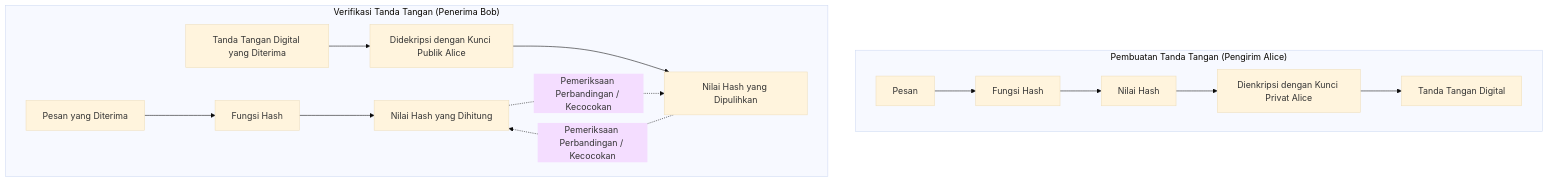
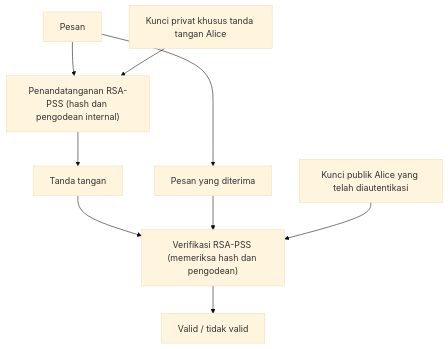
Before and after one commit to kenjinote/blog: the second of 3 diagrams in content/post/modern-cryptography-public-key-hash-signature/index.id.md, drawn with Mermaid (base theme). The commit also changed other lines of this file and 6 other files, not shown here.

````diff
--- a/content/post/modern-cryptography-public-key-hash-signature/index.id.md
+++ b/content/post/modern-cryptography-public-key-hash-signature/index.id.md
@@ -231,20 +217,11 @@
 ```mermaid
 graph TD
-    subgraph "Pembuatan Tanda Tangan (Pengirim Alice)"
-        M1["Pesan"] --> H1["Fungsi Hash"]
-        H1 --> Hash1["Nilai Hash"]
-        Hash1 --> Sign["Dienkripsi dengan Kunci Privat Alice"]
-        Sign --> Sig["Tanda Tangan Digital"]
-    end
-
-    subgraph "Verifikasi Tanda Tangan (Penerima Bob)"
-        M2["Pesan yang Diterima"] --> H2["Fungsi Hash"]
-        H2 --> Hash2["Nilai Hash yang Dihitung"]
-        
-        Sig2["Tanda Tangan Digital yang Diterima"] --> Ver["Didekripsi dengan Kunci Publik Alice"]
-        Ver --> Hash3["Nilai Hash yang Dipulihkan"]
-        
-        Hash2 -.->|"Pemeriksaan Perbandingan / Kecocokan"| Hash3
-        Hash3 -.->|"Pemeriksaan Perbandingan / Kecocokan"| Hash2
-    end
+    M["Pesan"] --> S["Penandatanganan RSA-PSS (hash dan pengodean internal)"]
+    SK["Kunci privat khusus tanda tangan Alice"] --> S
+    S --> SIG["Tanda tangan"]
+    M --> RM["Pesan yang diterima"]
+    SIG --> V["Verifikasi RSA-PSS (memeriksa hash dan pengodean)"]
+    RM --> V
+    PK["Kunci publik Alice yang telah diautentikasi"] --> V
+    V --> R["Valid / tidak valid"]
 ```
````
